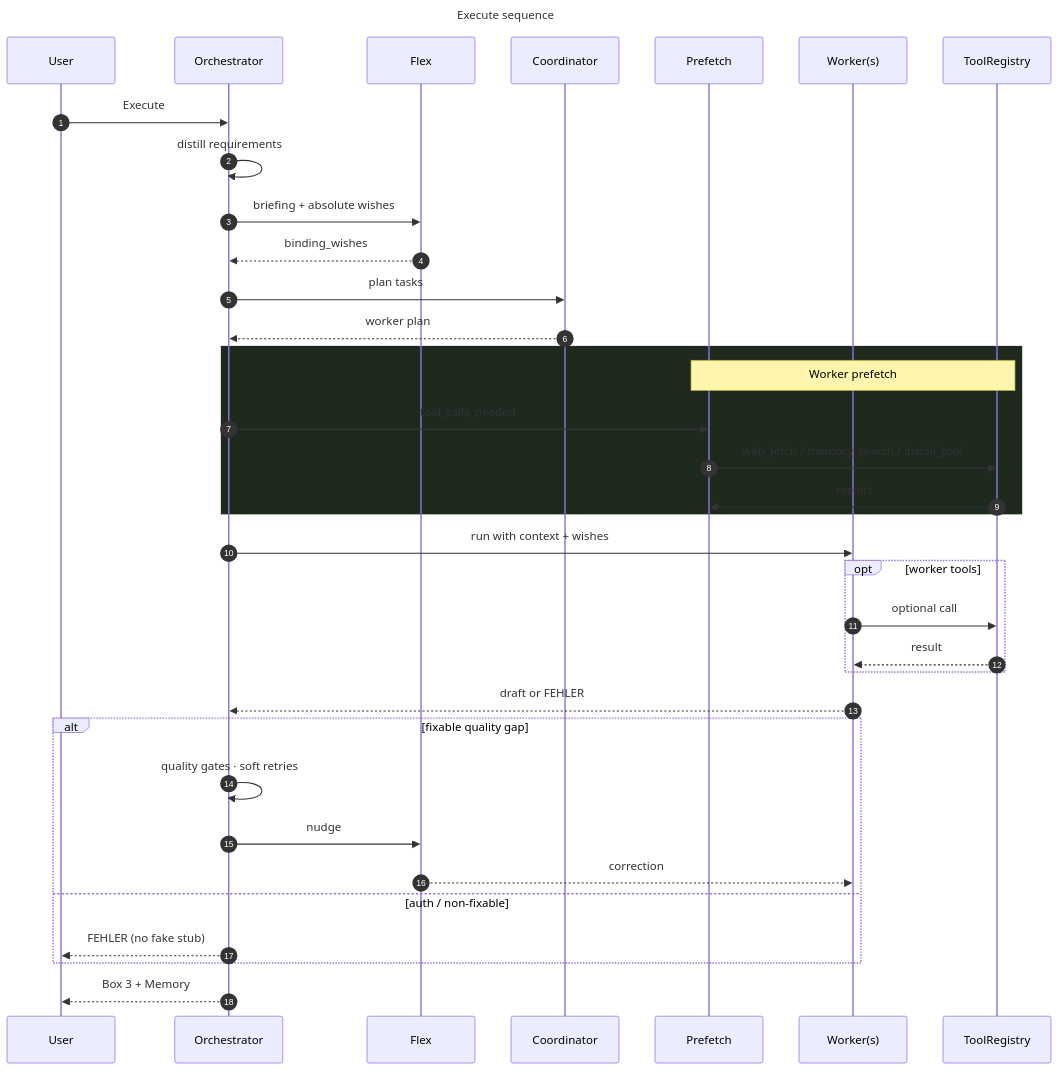
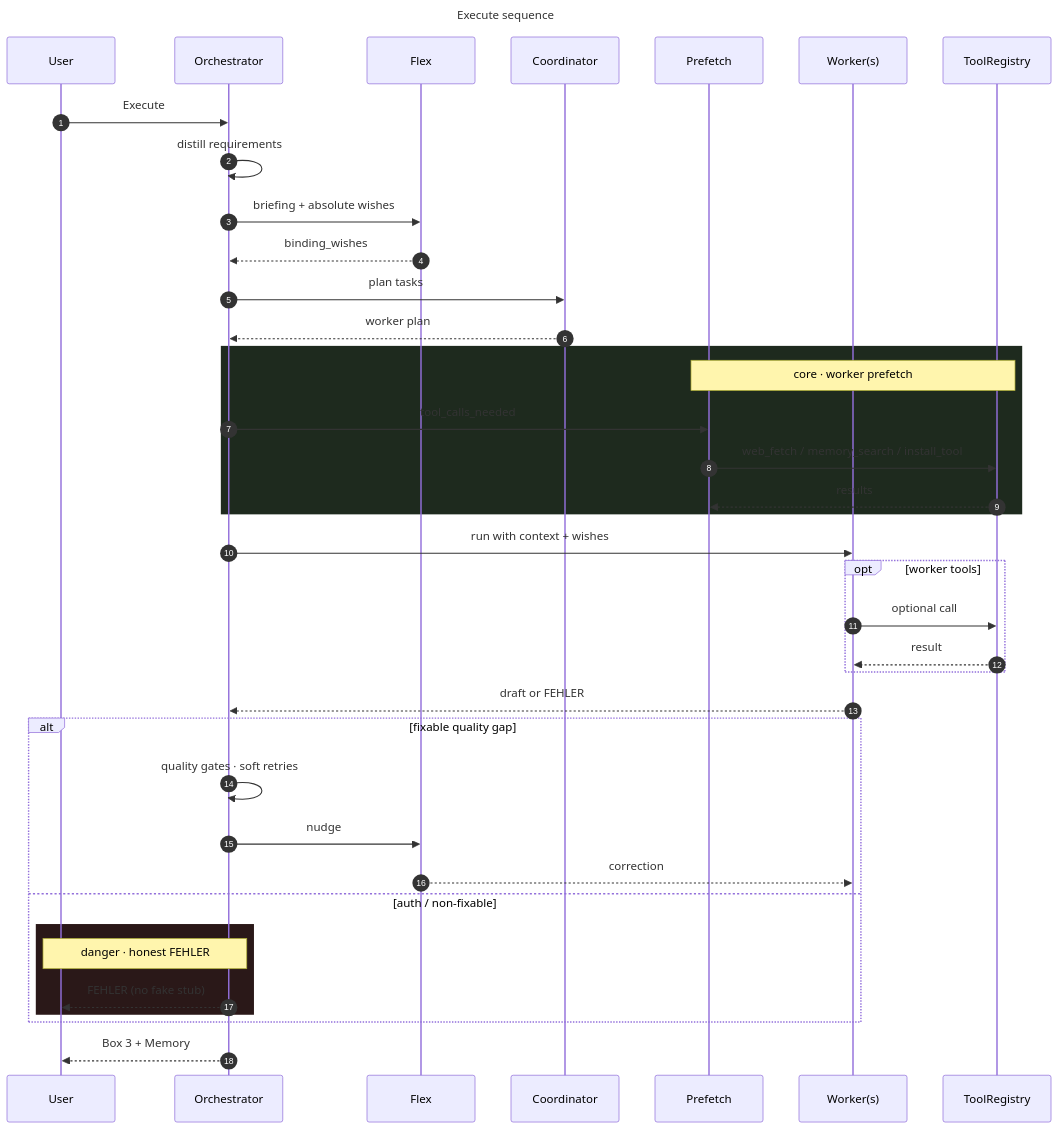
One commit to landjunge/gnom-hub-v1 changed the fourth of 7 diagrams in docs/ARCHITECTURE.md. Above: the diagram before and after it, drawn with Mermaid. The commit also changed other lines of this file and 3 other files, not shown here.

First line of the commit message:
docs: deepen Mermaid styling classes (shared palette)

````diff
--- a/docs/ARCHITECTURE.md
+++ b/docs/ARCHITECTURE.md
@@ -133,44 +141,47 @@
 ```mermaid
 ---
 title: Execute sequence
 ---
 sequenceDiagram
   autonumber
   participant U as User
   participant O as Orchestrator
   participant F as Flex
   participant C as Coordinator
   participant P as Prefetch
   participant W as Worker(s)
   participant T as ToolRegistry
 
   U->>O: Execute
   O->>O: distill requirements
   O->>F: briefing + absolute wishes
   F-->>O: binding_wishes
   O->>C: plan tasks
   C-->>O: worker plan
 
   rect rgb(30, 42, 30)
-    Note over P,T: Worker prefetch
+    Note over P,T: core · worker prefetch
     O->>P: tool_calls_needed
     P->>T: web_fetch / memory_search / install_tool
     T-->>P: results
   end
 
   O->>W: run with context + wishes
   opt worker tools
     W->>T: optional call
     T-->>W: result
   end
   W-->>O: draft or FEHLER
 
   alt fixable quality gap
     O->>O: quality gates · soft retries
     O->>F: nudge
     F-->>W: correction
   else auth / non-fixable
-    O-->>U: FEHLER (no fake stub)
+    rect rgb(42, 24, 24)
+      Note over O,U: danger · honest FEHLER
+      O-->>U: FEHLER (no fake stub)
+    end
   end
   O-->>U: Box 3 + Memory
 ```
````
